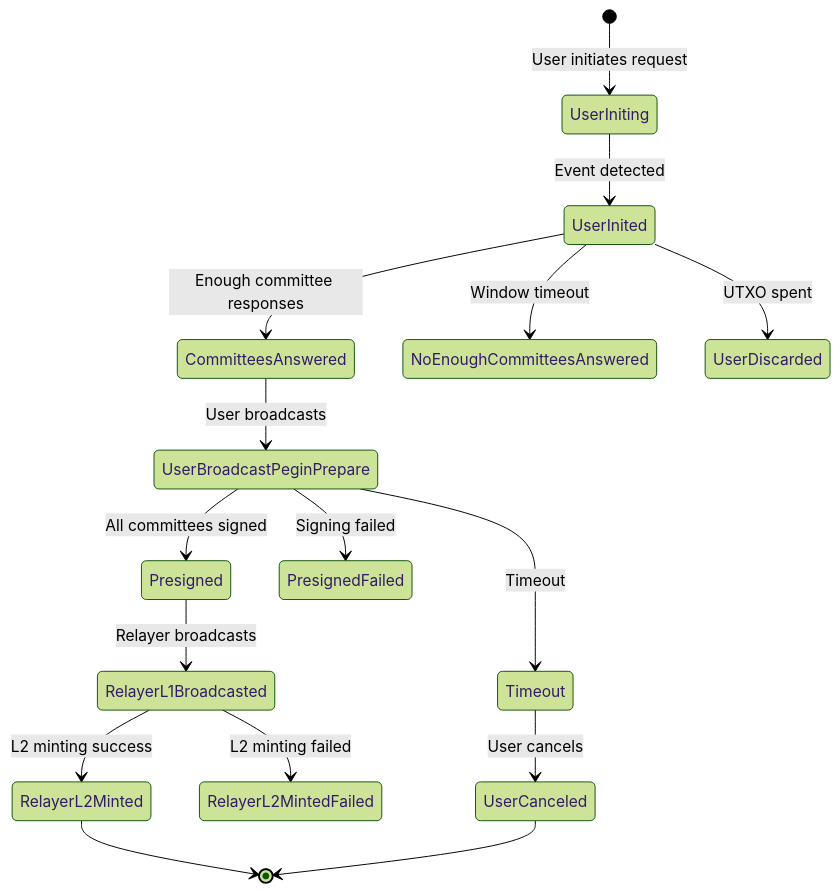
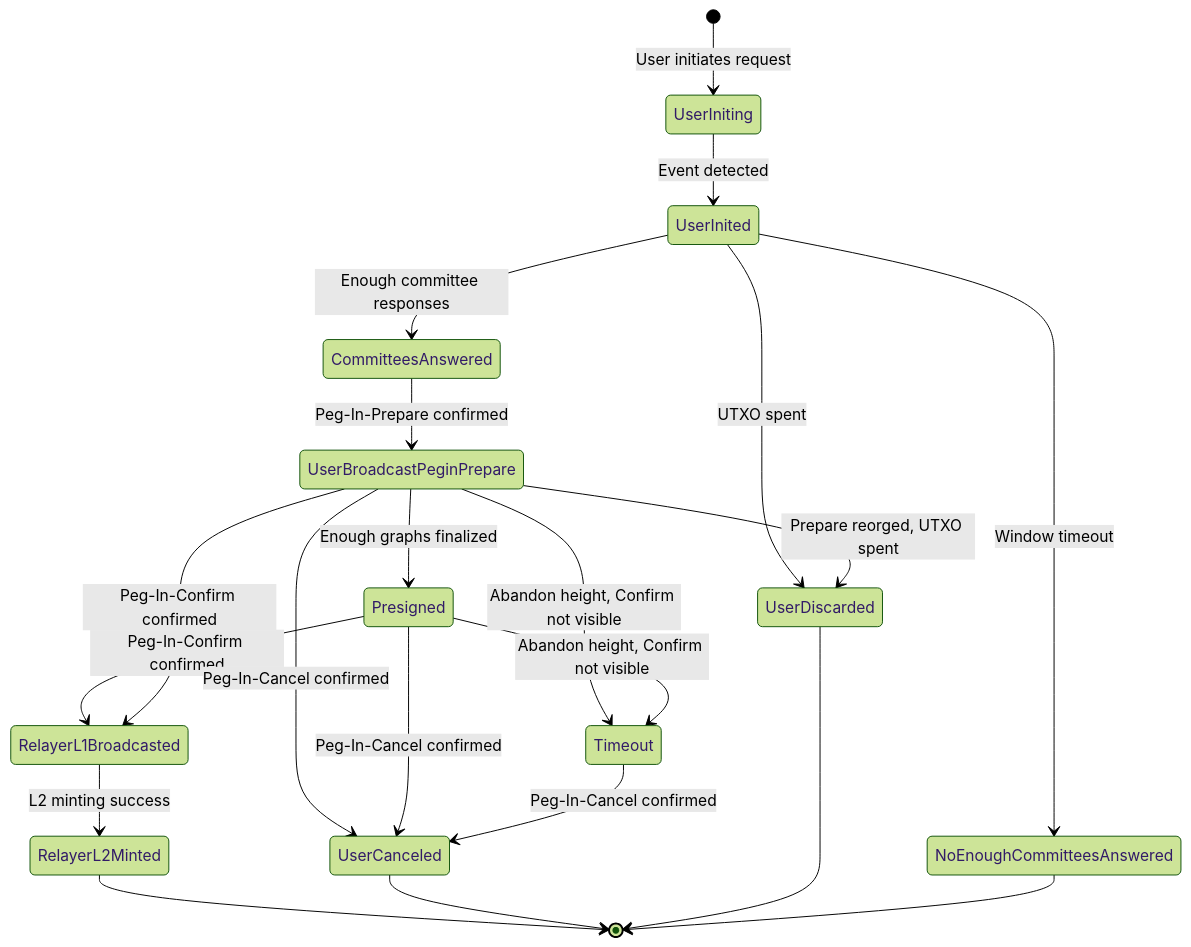
Before and after one commit to GOATNetwork/bitvm-node: the fifth of 13 diagrams in node/README.md, drawn with Mermaid (forest theme). The commit also changed other lines of this file and 239 other files, not shown here.

First line of the commit message:
Refactor protocol flows around Instance and Graph state machines (#476)

````diff
--- a/node/README.md
+++ b/node/README.md
@@ -252,22 +259,27 @@
 ```mermaid
 stateDiagram-v2
     [*] --> UserIniting: User initiates request
     UserIniting --> UserInited: Event detected
     UserInited --> CommitteesAnswered: Enough committee responses
     UserInited --> NoEnoughCommitteesAnswered: Window timeout
     UserInited --> UserDiscarded: UTXO spent
 
-    CommitteesAnswered --> UserBroadcastPeginPrepare: User broadcasts
-    UserBroadcastPeginPrepare --> Presigned: All committees signed
-    UserBroadcastPeginPrepare --> PresignedFailed: Signing failed
+    CommitteesAnswered --> UserBroadcastPeginPrepare: Peg-In-Prepare confirmed
+    UserBroadcastPeginPrepare --> Presigned: Enough graphs finalized
+    UserBroadcastPeginPrepare --> UserDiscarded: Prepare reorged, UTXO spent
 
-    Presigned --> RelayerL1Broadcasted: Relayer broadcasts
+    Presigned --> RelayerL1Broadcasted: Peg-In-Confirm confirmed
+    UserBroadcastPeginPrepare --> RelayerL1Broadcasted: Peg-In-Confirm confirmed
     RelayerL1Broadcasted --> RelayerL2Minted: L2 minting success
-    RelayerL1Broadcasted --> RelayerL2MintedFailed: L2 minting failed
 
-    UserBroadcastPeginPrepare --> Timeout: Timeout
-    Timeout --> UserCanceled: User cancels
+    UserBroadcastPeginPrepare --> UserCanceled: Peg-In-Cancel confirmed
+    Presigned --> UserCanceled: Peg-In-Cancel confirmed
+    UserBroadcastPeginPrepare --> Timeout: Abandon height, Confirm not visible
+    Presigned --> Timeout: Abandon height, Confirm not visible
+    Timeout --> UserCanceled: Peg-In-Cancel confirmed
 
     RelayerL2Minted --> [*]
     UserCanceled --> [*]
+    UserDiscarded --> [*]
+    NoEnoughCommitteesAnswered --> [*]
 ```
````
